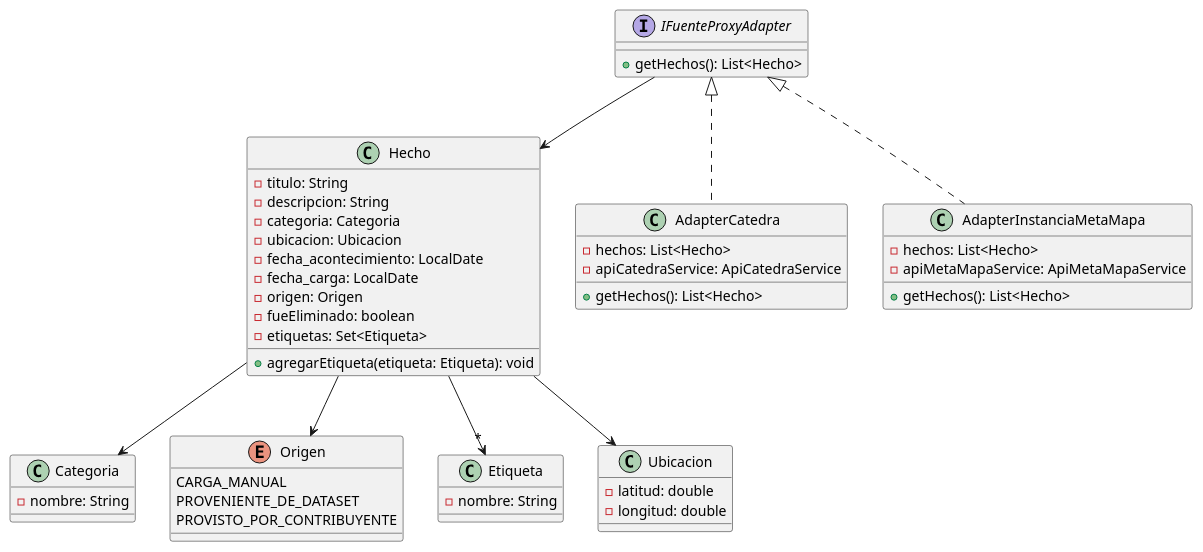
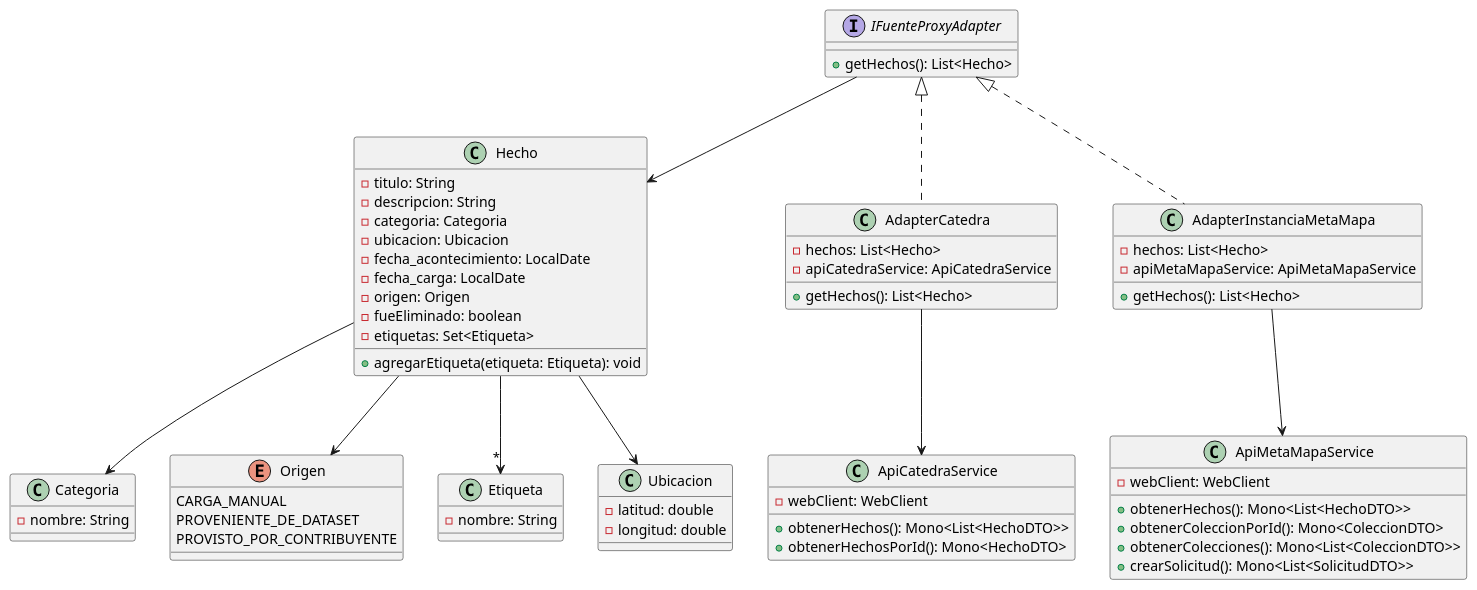
The diagram in fuenteProxy/Diagrama De Clases.puml (MarianelaBen/MetaMapa-Collaborative-System), drawn with PlantUML before and after one commit.

Commit message:
Diagrama de clases modificado. Agregue los Api services

```diff
--- a/fuenteProxy/Diagrama De Clases.puml
+++ b/fuenteProxy/Diagrama De Clases.puml
@@ -1,63 +1,81 @@
 @startuml
 
 class Hecho {
     -titulo: String
     -descripcion: String
     -categoria: Categoria
     -ubicacion: Ubicacion
     -fecha_acontecimiento: LocalDate
     -fecha_carga: LocalDate
     -origen: Origen
     -fueEliminado: boolean
     -etiquetas: Set<Etiqueta>
 
     +agregarEtiqueta(etiqueta: Etiqueta): void
 }
 
 class Categoria {
     -nombre: String
 }
 
 enum Origen {
     CARGA_MANUAL
     PROVENIENTE_DE_DATASET
     PROVISTO_POR_CONTRIBUYENTE
 }
 
 class Etiqueta {
     -nombre: String
 
 }
 
 class Ubicacion{
     -latitud: double
     -longitud: double
 }
 
 interface IFuenteProxyAdapter {
     +getHechos(): List<Hecho>
 }
 
 class AdapterCatedra implements IFuenteProxyAdapter{
     -hechos: List<Hecho>
     -apiCatedraService: ApiCatedraService
 
     +getHechos(): List<Hecho>
 }
 
 class AdapterInstanciaMetaMapa implements IFuenteProxyAdapter{
     -hechos: List<Hecho>
     -apiMetaMapaService: ApiMetaMapaService
 
     +getHechos(): List<Hecho>
 }
 
+class ApiCatedraService{
+    -webClient: WebClient
+
+    +obtenerHechos(): Mono<List<HechoDTO>>
+    +obtenerHechosPorId(): Mono<HechoDTO>
+}
+
+class ApiMetaMapaService{
+    -webClient: WebClient
+
+    +obtenerHechos(): Mono<List<HechoDTO>>
+    +obtenerColeccionPorId(): Mono<ColeccionDTO>
+    +obtenerColecciones(): Mono<List<ColeccionDTO>>
+    +crearSolicitud(): Mono<List<SolicitudDTO>>
+}
+
 Hecho --> Origen
 Hecho --> "*" Etiqueta
 
 Hecho --> Ubicacion
 Hecho --> Categoria
 
 IFuenteProxyAdapter --> Hecho
+AdapterInstanciaMetaMapa --> ApiMetaMapaService
+AdapterCatedra --> ApiCatedraService
 
 @enduml
```
